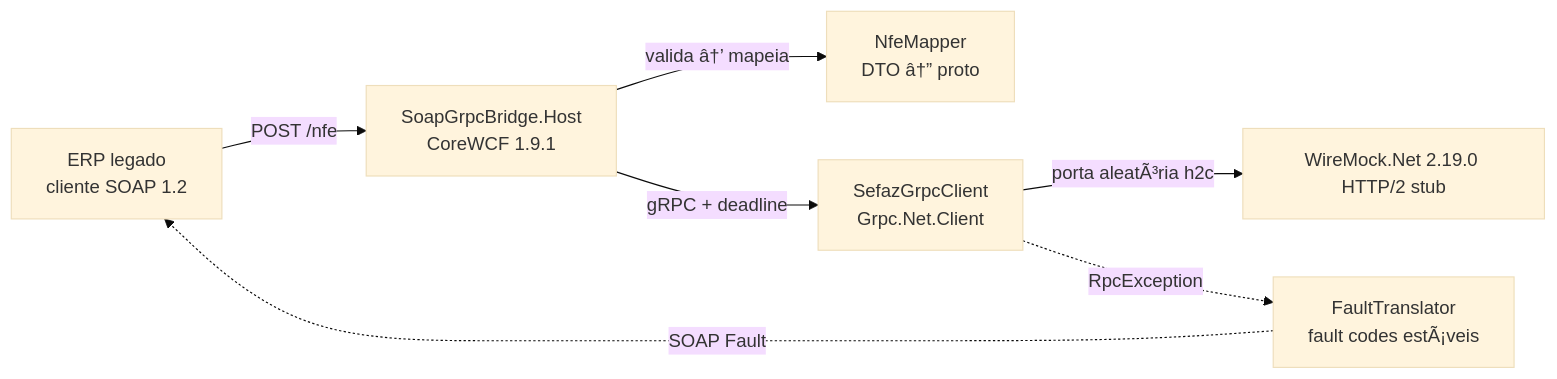
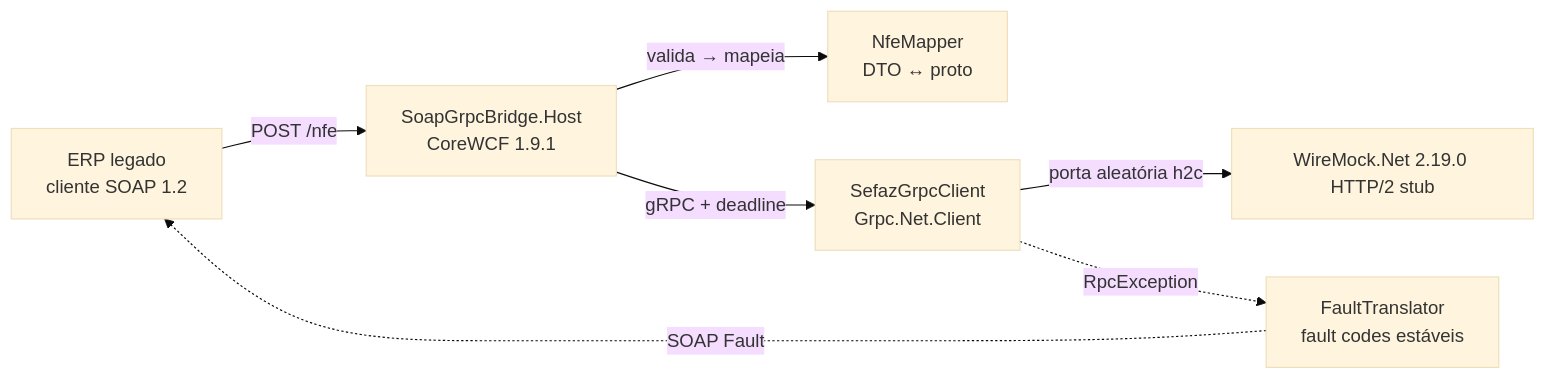
Before and after one commit to TiagoR85/soap-grpc-bridge: the diagram in README.md, drawn with Mermaid (base theme). The commit also changed other lines of this file and 7 other files, not shown here.

````diff
--- a/README.md
+++ b/README.md
@@ -9,9 +9,9 @@
 ```mermaid
 graph LR
     erp[ERP legado<br/>cliente SOAP 1.2] -->|POST /nfe| host[SoapGrpcBridge.Host<br/>CoreWCF 1.9.1]
-    host -->|valida â†’ mapeia| mapper[NfeMapper<br/>DTO â†” proto]
+    host -->|valida → mapeia| mapper[NfeMapper<br/>DTO ↔ proto]
     host -->|gRPC + deadline| grpc[SefazGrpcClient<br/>Grpc.Net.Client]
-    grpc -->|porta aleatÃ³ria h2c| stub[WireMock.Net 2.19.0 HTTP/2 stub]
-    grpc -.->|RpcException| faults[FaultTranslator<br/>fault codes estÃ¡veis]
+    grpc -->|porta aleatória h2c| stub[WireMock.Net 2.19.0 HTTP/2 stub]
+    grpc -.->|RpcException| faults[FaultTranslator<br/>fault codes estáveis]
     faults -.->|SOAP Fault| erp
 ```
````
